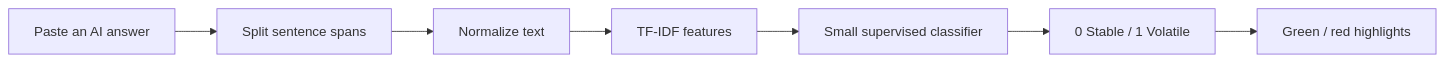
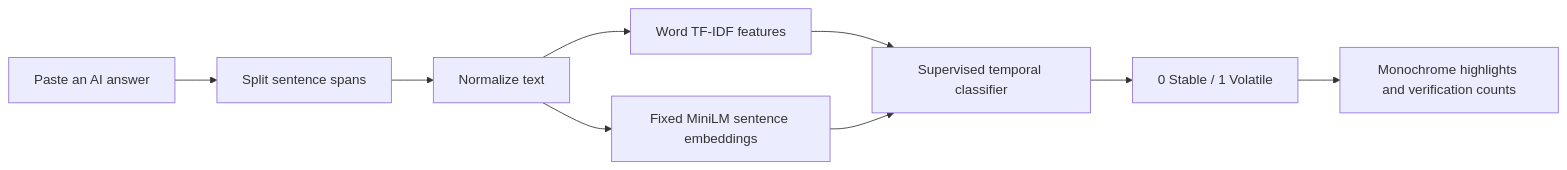
The diagram in docs/bsc_methodology.md (us3ph/Flagger), drawn with Mermaid before and after one commit. The commit also changed other lines of this file and 40 other files, not shown here.

````diff
--- a/docs/bsc_methodology.md
+++ b/docs/bsc_methodology.md
@@ -21,9 +21,11 @@
 ```mermaid
 flowchart LR
     A[Paste an AI answer] --> B[Split sentence spans]
     B --> C[Normalize text]
-    C --> D[TF-IDF features]
-    D --> E[Small supervised classifier]
+    C --> D[Word TF-IDF features]
+    C --> H[Fixed MiniLM sentence embeddings]
+    D --> E[Supervised temporal classifier]
+    H --> E
     E --> F[0 Stable / 1 Volatile]
-    F --> G[Green / red highlights]
+    F --> G[Monochrome highlights and verification counts]
 ```
````
